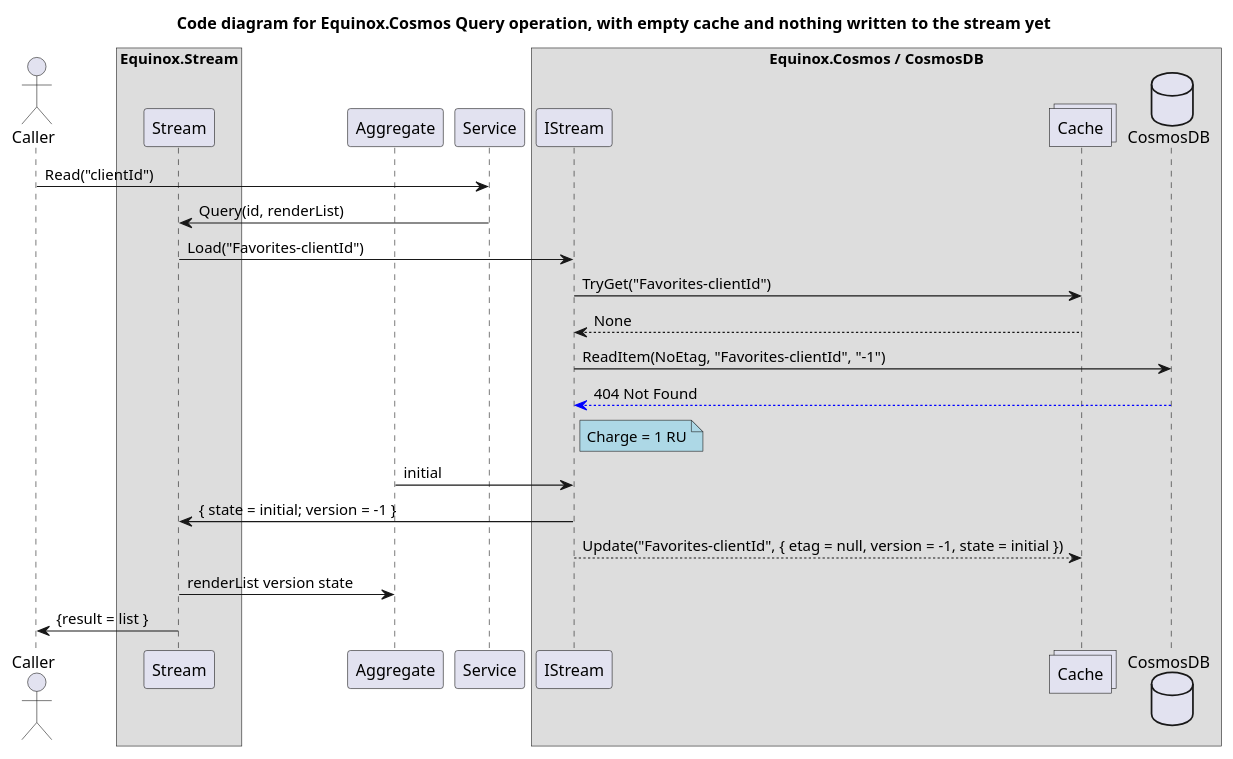
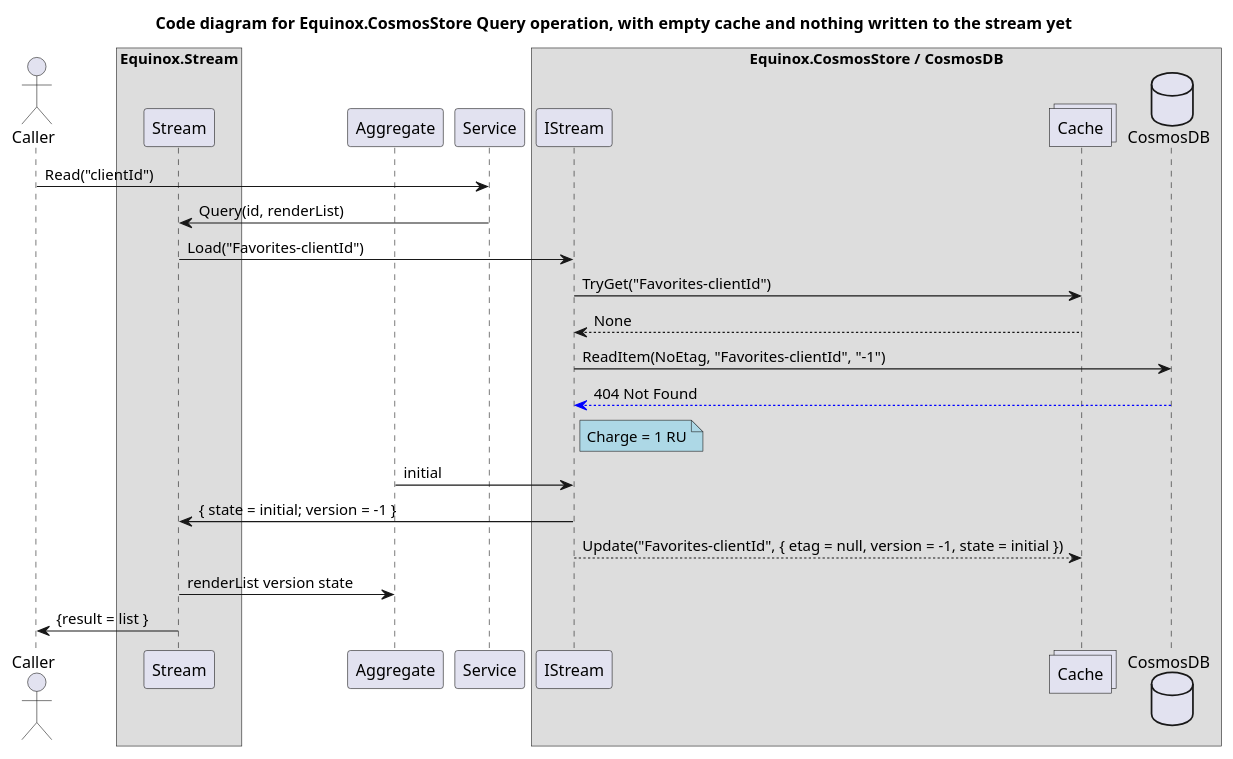
The first of 4 diagrams in diagrams/CosmosCode.puml (jet/equinox), drawn with PlantUML before and after one commit. The commit also changed other lines of this file and 39 other files, not shown here.

Commit message:
Renamespace Equinox.Cosmos -> CosmosStore

```diff
--- a/diagrams/CosmosCode.puml
+++ b/diagrams/CosmosCode.puml
@@ -1,30 +1,30 @@
 @startuml
-title Code diagram for Equinox.Cosmos Query operation, with empty cache and nothing written to the stream yet
+title Code diagram for Equinox.CosmosStore Query operation, with empty cache and nothing written to the stream yet
 
 actor Caller order 20 
 box "Equinox.Stream"
     participant Stream order 40
 end box
 participant Aggregate order 50
 participant Service order 60
-box "Equinox.Cosmos / CosmosDB"
+box "Equinox.CosmosStore / CosmosDB"
   participant IStream order 80
   collections Cache order 90
   database CosmosDB order 100
 end box
 
 Caller -> Service: Read("clientId")
 participant Aggregate
 Service -> Stream: Query(id, renderList)
 Stream -> IStream: Load("Favorites-clientId")
 IStream -> Cache: TryGet("Favorites-clientId")
 Cache --> IStream: None
 IStream -> CosmosDB: ReadItem(NoEtag, "Favorites-clientId", "-1")
 CosmosDB -[#blue]-> IStream: 404 Not Found
 note right IStream #lightblue: Charge = 1 RU
 IStream <- Aggregate: initial
 IStream -> Stream: { state = initial; version = -1 }
 IStream --> Cache: Update("Favorites-clientId", { etag = null, version = -1, state = initial })
 Stream -> Aggregate: renderList version state
 Stream -> Caller: {result = list }
 @enduml
```
